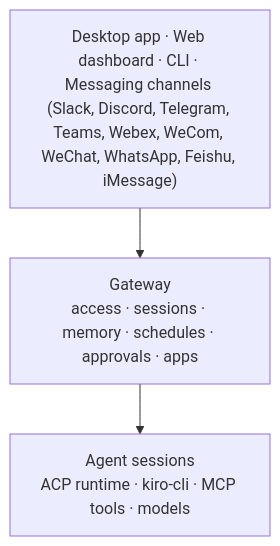
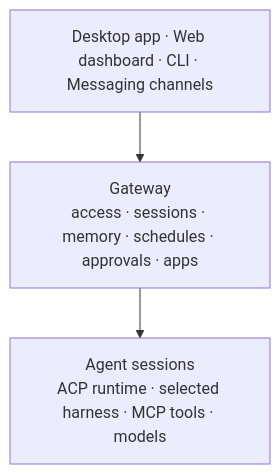
The diagram in README.md (Behordeun/KiroCrew), drawn with Mermaid before and after one commit. The commit also changed other lines of this file and 264 other files, not shown here.

````diff
--- a/README.md
+++ b/README.md
@@ -295,7 +177,7 @@
 ```mermaid
 flowchart TD
-    S["Desktop app · Web dashboard · CLI · Messaging channels (Slack, Discord, Telegram, Teams, Webex, WeCom, WeChat, WhatsApp, Feishu, iMessage)"]
+    S["Desktop app · Web dashboard · CLI · Messaging channels"]
     G["Gateway<br/>access · sessions · memory · schedules · approvals · apps"]
-    A["Agent sessions<br/>ACP runtime · kiro-cli · MCP tools · models"]
+    A["Agent sessions<br/>ACP runtime · selected harness · MCP tools · models"]
     S --> G --> A
 ```
````
